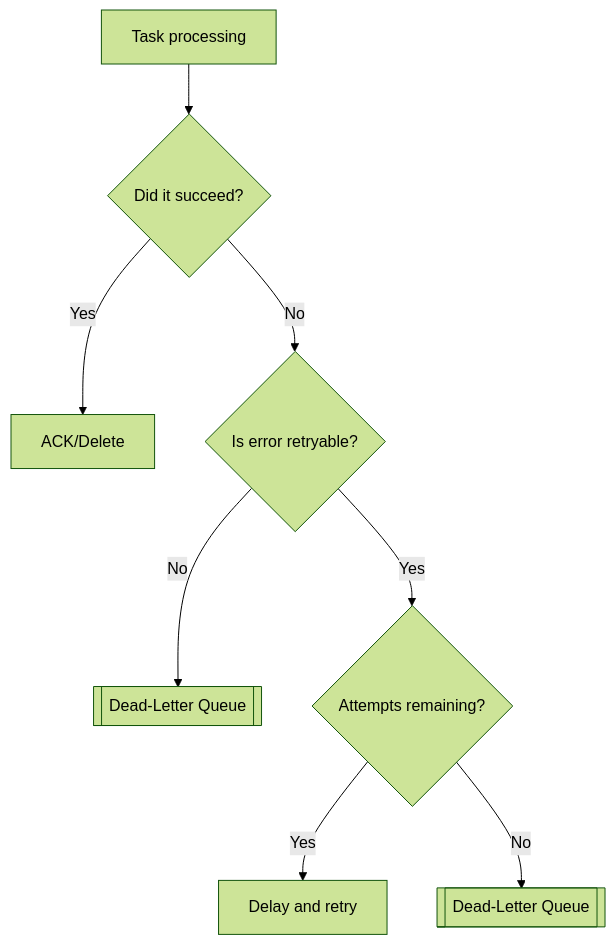
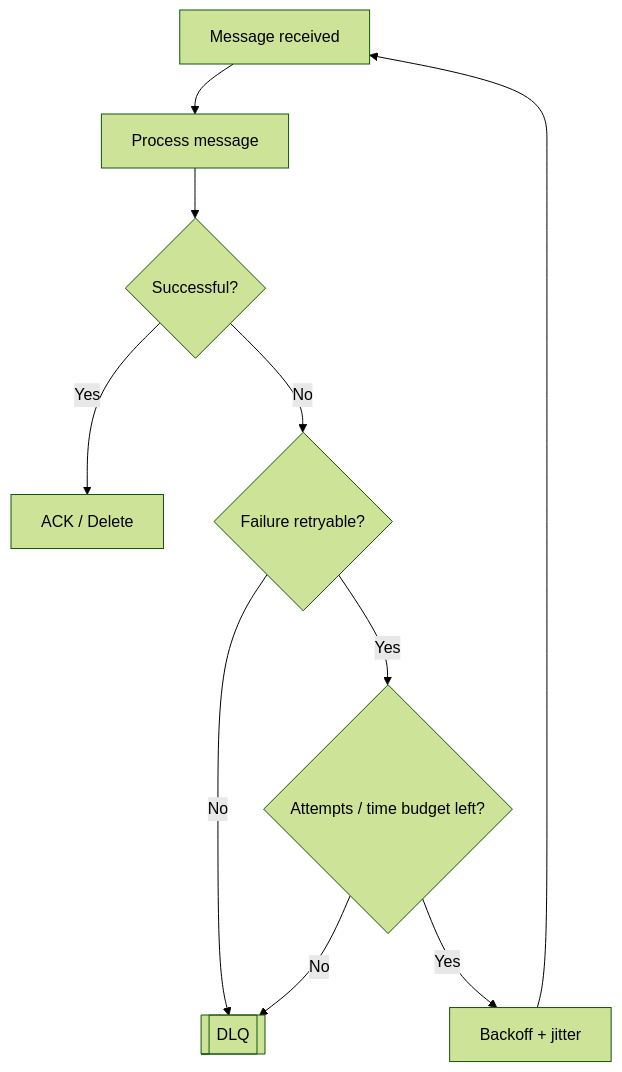
Before and after one commit to AvadhBhalodiya/Interview-Preparation: the first of 7 diagrams in src/content/task-processing/retries-dead-letter-queues.md, drawn with Mermaid (forest theme). The commit also changed other lines of this file and 80 other files, not shown here.

````diff
--- a/src/content/task-processing/retries-dead-letter-queues.md
+++ b/src/content/task-processing/retries-dead-letter-queues.md
@@ -23,10 +26,16 @@
 ```mermaid
 flowchart TD
-    T[Task processing] --> S{Did it succeed?}
-    S -->|Yes| A["ACK/Delete"]
-    S -->|No| R{Is error retryable?}
-    R -->|No| D1[[Dead-Letter Queue]]
-    R -->|Yes| AT{Attempts remaining?}
-    AT -->|Yes| DR[Delay and retry]
-    AT -->|No| D2[[Dead-Letter Queue]]
+    A[Message received] --> B[Process message]
+    B --> C{Successful?}
+
+    C -->|Yes| D[ACK / Delete]
+    C -->|No| E{Failure retryable?}
+
+    E -->|No| F[[DLQ]]
+    E -->|Yes| G{Attempts / time budget left?}
+
+    G -->|Yes| H[Backoff + jitter]
+    H --> A
+
+    G -->|No| F
 ```
````
